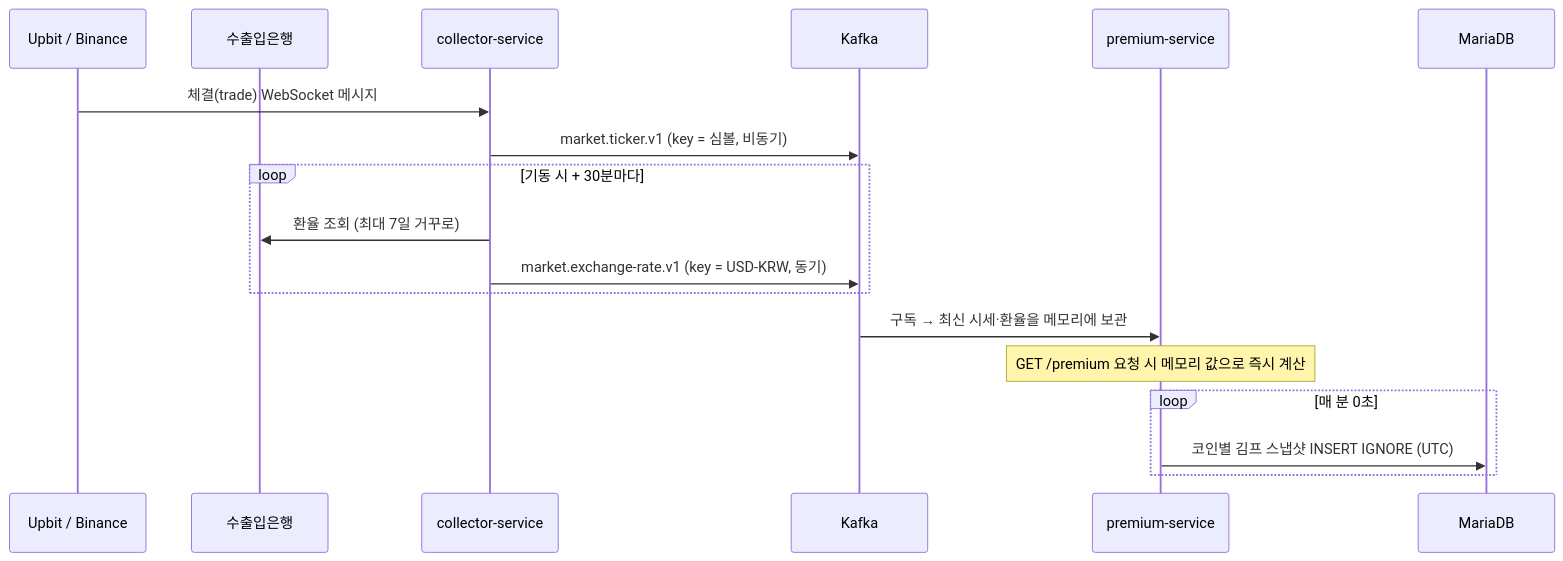
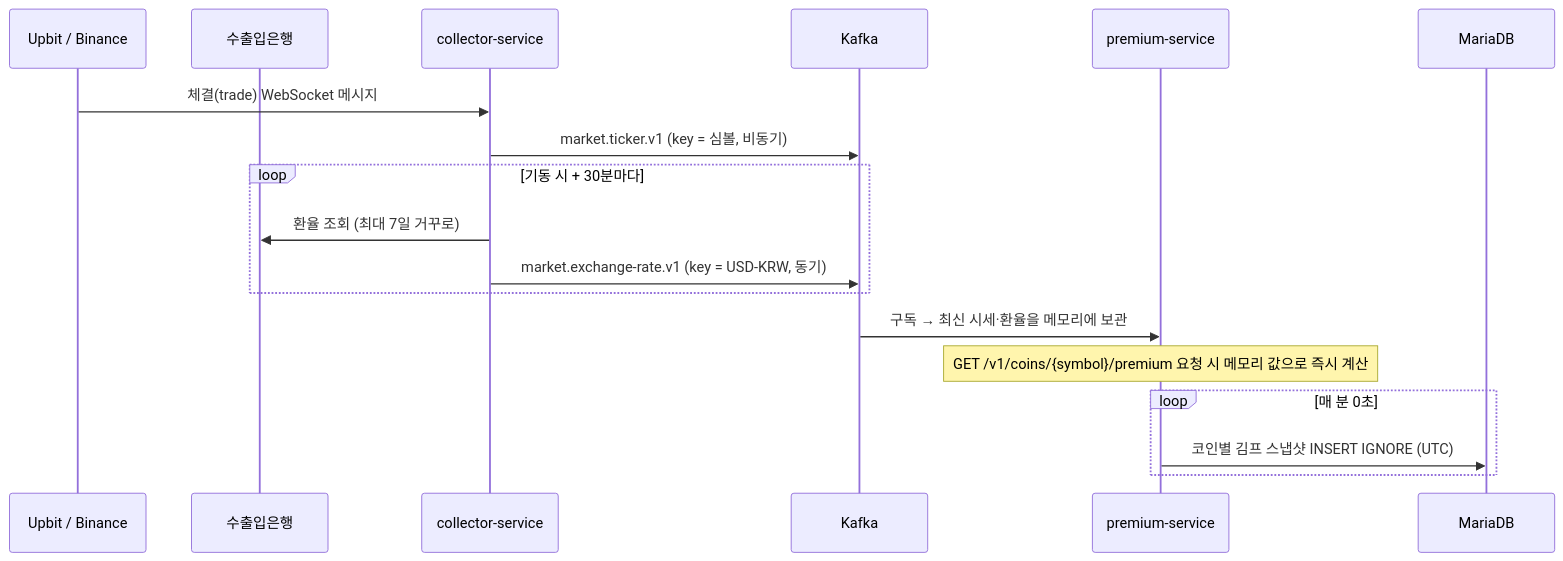
One commit to imuniring/coin-premium changed the diagram in docs/architecture/overview.md. Above: the diagram before and after it, drawn with Mermaid. The commit also changed other lines of this file and 7 other files, not shown here.

````diff
--- a/docs/architecture/overview.md
+++ b/docs/architecture/overview.md
@@ -15,21 +15,21 @@
 ```mermaid
 sequenceDiagram
     participant UP as Upbit / Binance
     participant EX as 수출입은행
     participant COL as collector-service
     participant K as Kafka
     participant PRE as premium-service
     participant DB as MariaDB
 
     UP->>COL: 체결(trade) WebSocket 메시지
     COL->>K: market.ticker.v1 (key = 심볼, 비동기)
     loop 기동 시 + 30분마다
         COL->>EX: 환율 조회 (최대 7일 거꾸로)
         COL->>K: market.exchange-rate.v1 (key = USD-KRW, 동기)
     end
     K->>PRE: 구독 → 최신 시세·환율을 메모리에 보관
-    Note over PRE: GET /premium 요청 시 메모리 값으로 즉시 계산
+    Note over PRE: GET /v1/coins/{symbol}/premium 요청 시 메모리 값으로 즉시 계산
     loop 매 분 0초
         PRE->>DB: 코인별 김프 스냅샷 INSERT IGNORE (UTC)
     end
 ```
````
